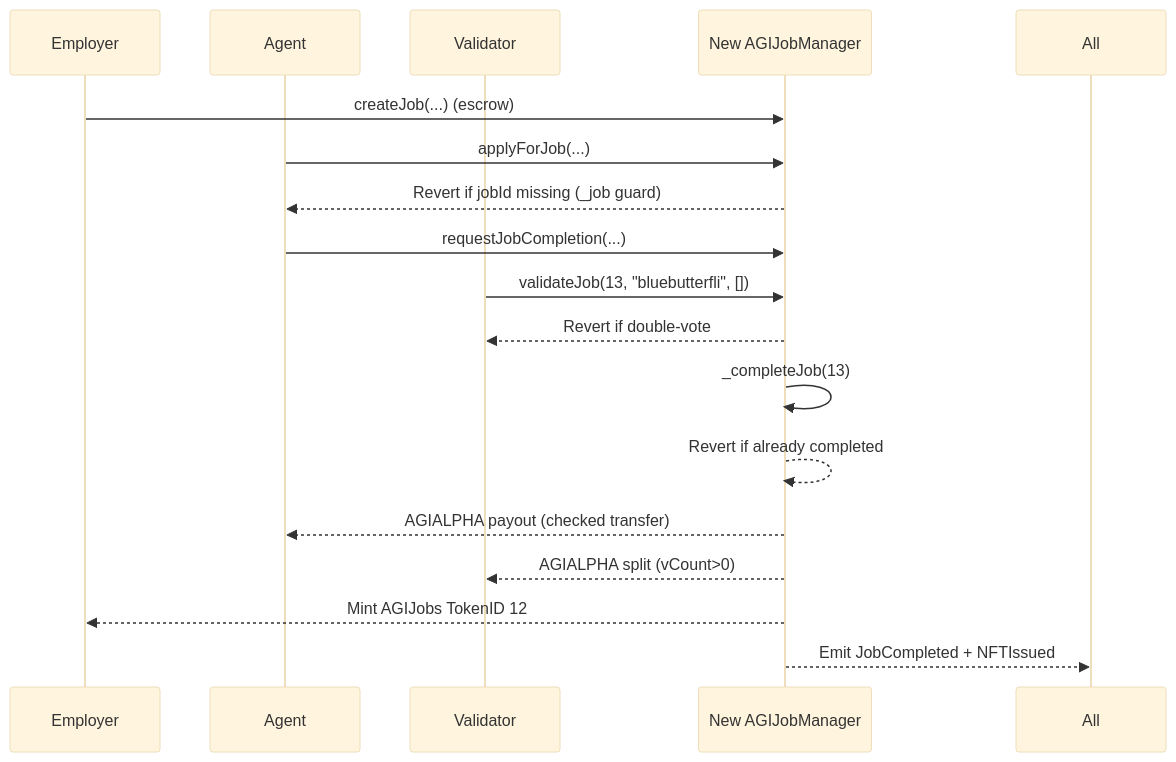
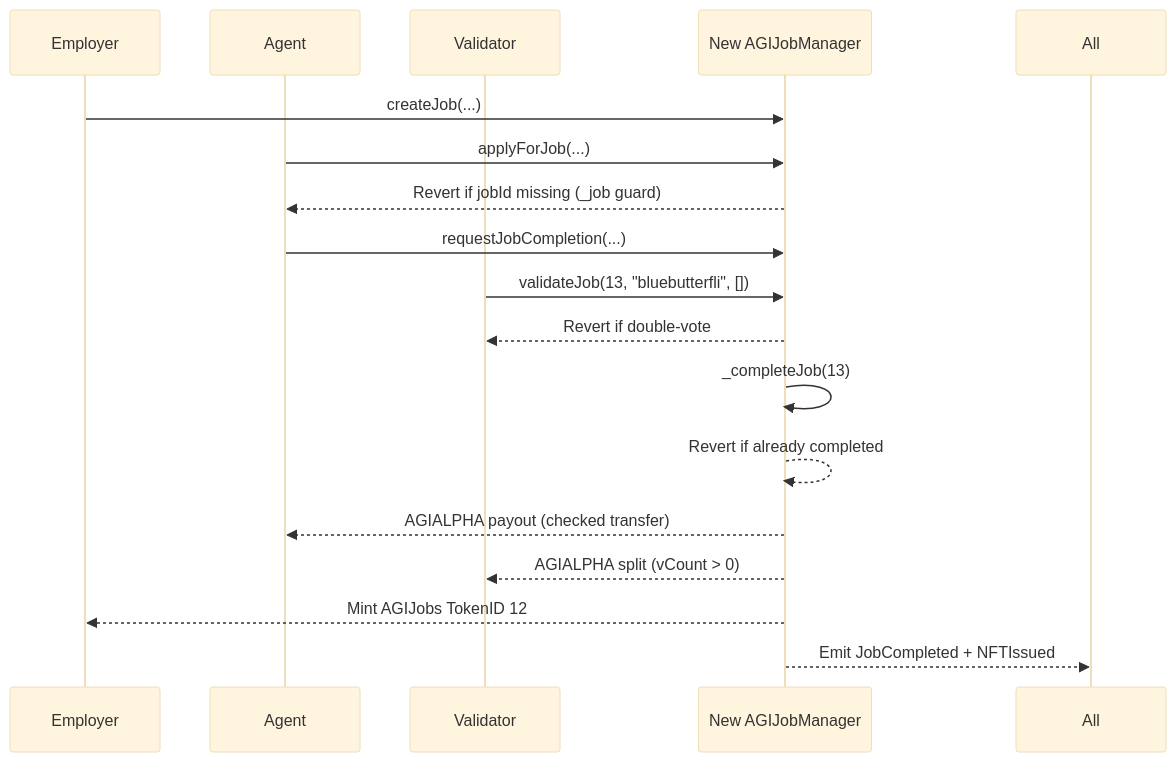
The second of 2 diagrams in docs/case-studies/LEGACY_AGI_JOB_12_VS_NEW.md (MontrealAI/AGIJobManager), drawn with Mermaid (base theme) before and after one commit. The commit also changed other lines of this file and 1 other file, not shown here.

Commit message:
Add Job 12 case study and replay test

````diff
--- a/docs/case-studies/LEGACY_AGI_JOB_12_VS_NEW.md
+++ b/docs/case-studies/LEGACY_AGI_JOB_12_VS_NEW.md
@@ -156,20 +142,20 @@
 ```mermaid
 sequenceDiagram
     participant Employer
     participant Agent
     participant Validator
-    participant NewContract as New AGIJobManager
+    participant New as New AGIJobManager
 
-    Employer->>NewContract: createJob(...) (escrow)
-    Agent->>NewContract: applyForJob(...)
-    NewContract-->>Agent: Revert if jobId missing (_job guard)
-    Agent->>NewContract: requestJobCompletion(...)
-    Validator->>NewContract: validateJob(13, "bluebutterfli", [])
-    NewContract-->>Validator: Revert if double‑vote
-    NewContract->>NewContract: _completeJob(13)
-    NewContract-->>NewContract: Revert if already completed
-    NewContract-->>Agent: AGIALPHA payout (checked transfer)
-    NewContract-->>Validator: AGIALPHA split (vCount>0)
-    NewContract-->>Employer: Mint AGIJobs TokenID 12
-    NewContract-->>All: Emit JobCompleted + NFTIssued
+    Employer->>New: createJob(...)
+    Agent->>New: applyForJob(...)
+    New-->>Agent: Revert if jobId missing (_job guard)
+    Agent->>New: requestJobCompletion(...)
+    Validator->>New: validateJob(13, "bluebutterfli", [])
+    New-->>Validator: Revert if double‑vote
+    New->>New: _completeJob(13)
+    New-->>New: Revert if already completed
+    New-->>Agent: AGIALPHA payout (checked transfer)
+    New-->>Validator: AGIALPHA split (vCount > 0)
+    New-->>Employer: Mint AGIJobs TokenID 12
+    New-->>All: Emit JobCompleted + NFTIssued
 ```
````
